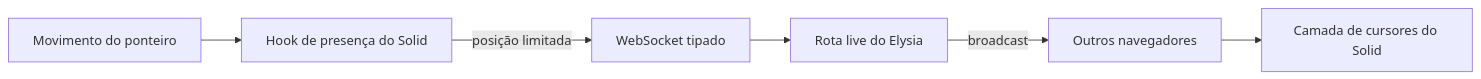
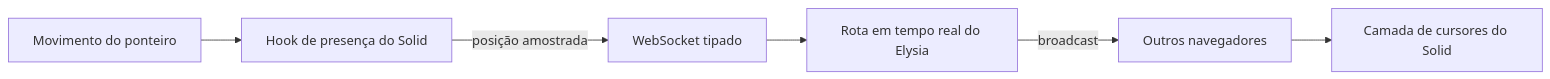
Before and after one commit to ErickCReis/ErickCReis: the first of 2 diagrams in web/content/blog/realtime-cursor-presence-with-tiny-pieces.pt-BR.mdx, drawn with Mermaid. The commit also changed other lines of this file and 11 other files, not shown here.

````diff
--- a/web/content/blog/realtime-cursor-presence-with-tiny-pieces.pt-BR.mdx
+++ b/web/content/blog/realtime-cursor-presence-with-tiny-pieces.pt-BR.mdx
@@ -16,8 +16,8 @@
 ```mermaid center
 flowchart LR
   Pointer["Movimento do ponteiro"] --> Hook["Hook de presença do Solid"]
-  Hook -->|"posição limitada"| Socket["WebSocket tipado"]
-  Socket --> Server["Rota live do Elysia"]
+  Hook -->|"posição amostrada"| Socket["WebSocket tipado"]
+  Socket --> Server["Rota em tempo real do Elysia"]
   Server -->|"broadcast"| Peers["Outros navegadores"]
   Peers --> Layer["Camada de cursores do Solid"]
 ```
````
